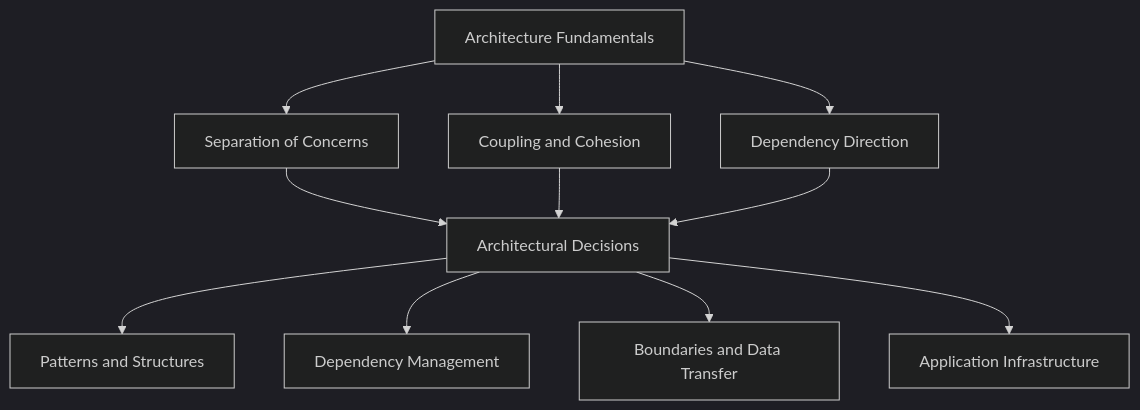
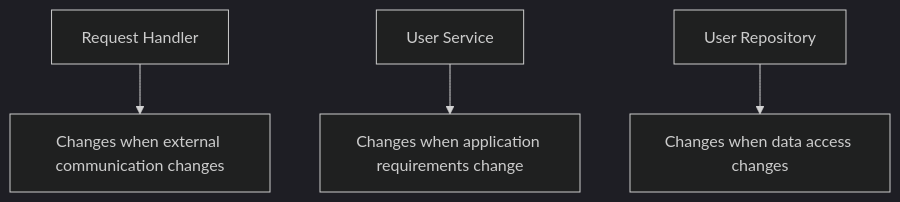
The sixth of 13 diagrams in docs/en/software_architecture/architecture_fundamentals/1_level/1_level_architecture_fundamentals.md (Rokiis1/Teaching-Materia), drawn with Mermaid (dark theme) before and after one commit. The commit also changed other lines of this file and 1 other file, not shown here.

Commit message:
Added updaetd fundamentals of archietcture

````diff
--- a/docs/en/software_architecture/architecture_fundamentals/1_level/1_level_architecture_fundamentals.md
+++ b/docs/en/software_architecture/architecture_fundamentals/1_level/1_level_architecture_fundamentals.md
@@ -37,15 +78,6 @@
 ```mermaid
 flowchart TD
-    A["Architecture Fundamentals"] --> B["Separation of Concerns"]
-    A --> C["Coupling and Cohesion"]
-    A --> D["Dependency Direction"]
-
-    B --> E["Architectural Decisions"]
-    C --> E
-    D --> E
-
-    E --> F["Patterns and Structures"]
-    E --> G["Dependency Management"]
-    E --> H["Boundaries and Data Transfer"]
-    E --> I["Application Infrastructure"]
+    A["Request Handler"] --> A1["Changes when external communication changes"]
+    B["User Service"] --> B1["Changes when application requirements change"]
+    C["User Repository"] --> C1["Changes when data access changes"]
 ```
````
